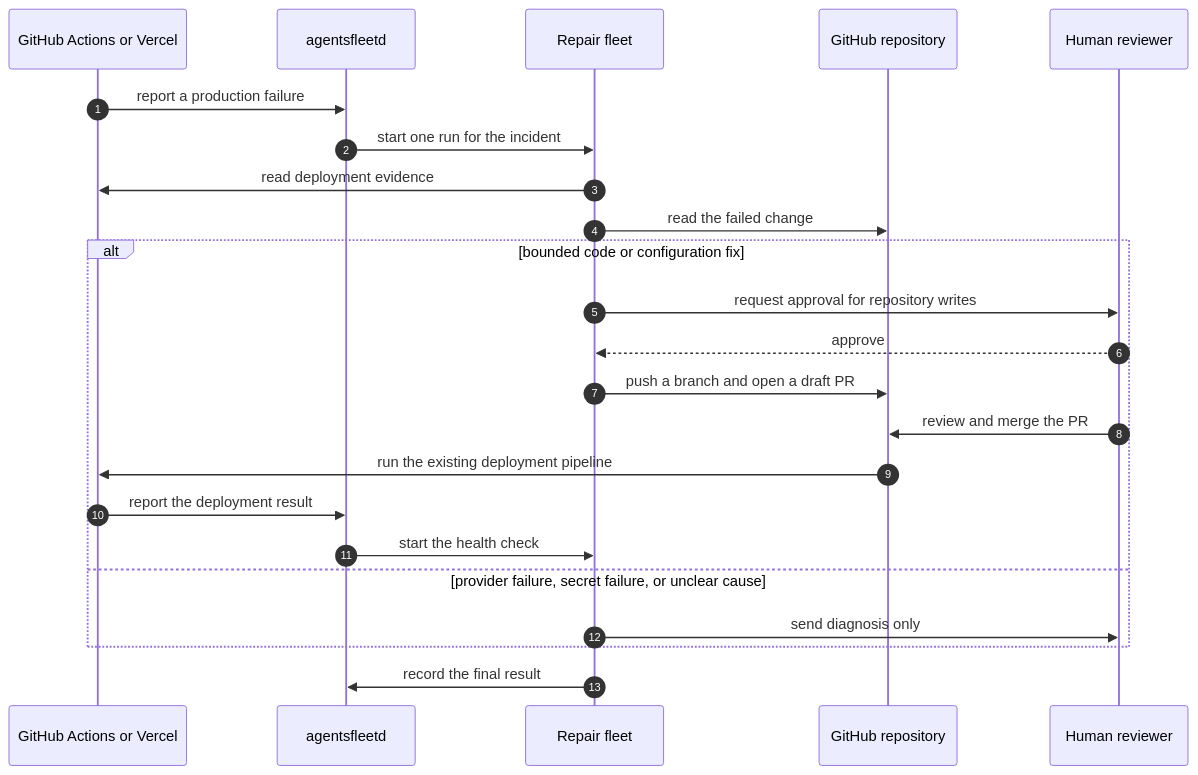
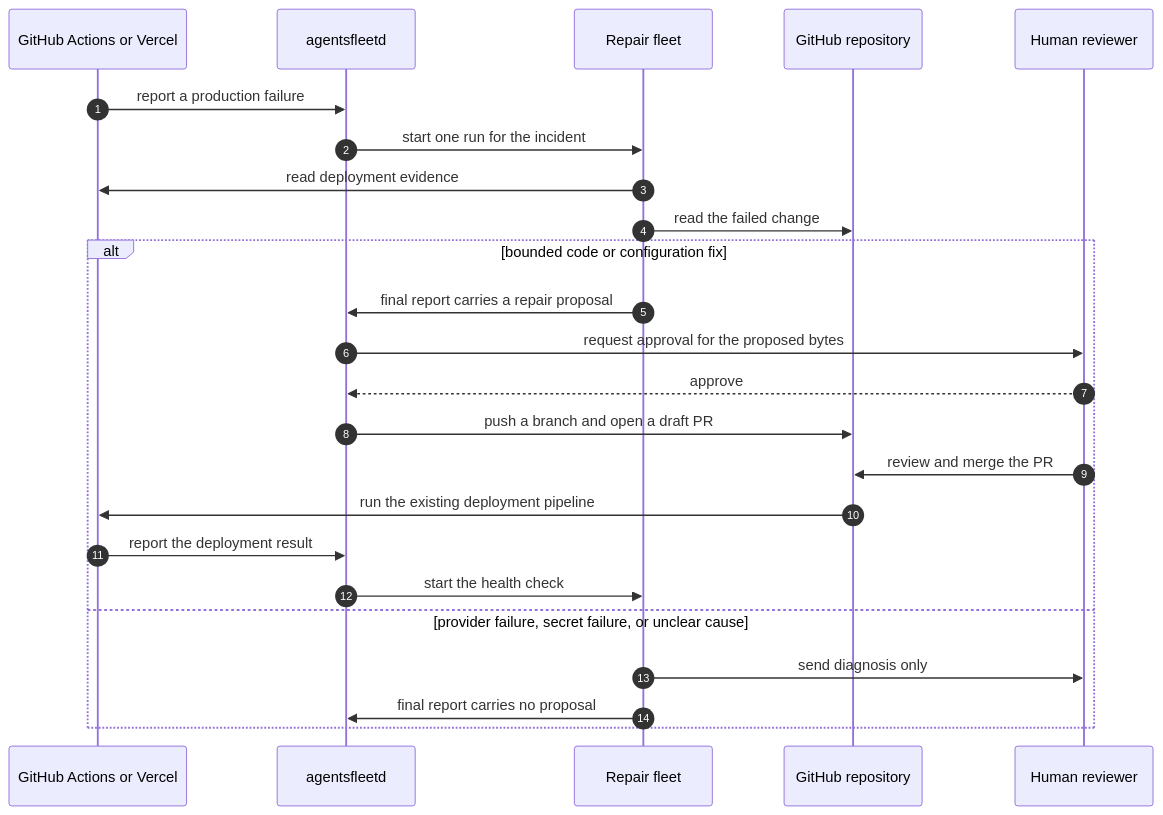
Before and after one commit to agentsfleet/agentsfleet: the diagram in docs/architecture/scenarios/production-deploy-repair.md, drawn with Mermaid. The commit also changed other lines of this file, not shown here.

First line of the commit message:
docs(arch): the repair scenario describes the design we chose

````diff
--- a/docs/architecture/scenarios/production-deploy-repair.md
+++ b/docs/architecture/scenarios/production-deploy-repair.md
@@ -11,26 +11,27 @@
 ```mermaid
 sequenceDiagram
   autonumber
   participant Provider as GitHub Actions or Vercel
   participant API as agentsfleetd
   participant Fleet as Repair fleet
   participant GitHub as GitHub repository
   participant Human as Human reviewer
 
   Provider->>API: report a production failure
   API->>Fleet: start one run for the incident
   Fleet->>Provider: read deployment evidence
   Fleet->>GitHub: read the failed change
   alt bounded code or configuration fix
-    Fleet->>Human: request approval for repository writes
-    Human-->>Fleet: approve
-    Fleet->>GitHub: push a branch and open a draft PR
+    Fleet->>API: final report carries a repair proposal
+    API->>Human: request approval for the proposed bytes
+    Human-->>API: approve
+    API->>GitHub: push a branch and open a draft PR
     Human->>GitHub: review and merge the PR
     GitHub->>Provider: run the existing deployment pipeline
     Provider->>API: report the deployment result
     API->>Fleet: start the health check
   else provider failure, secret failure, or unclear cause
     Fleet->>Human: send diagnosis only
+    Fleet->>API: final report carries no proposal
   end
-  Fleet->>API: record the final result
 ```
````
